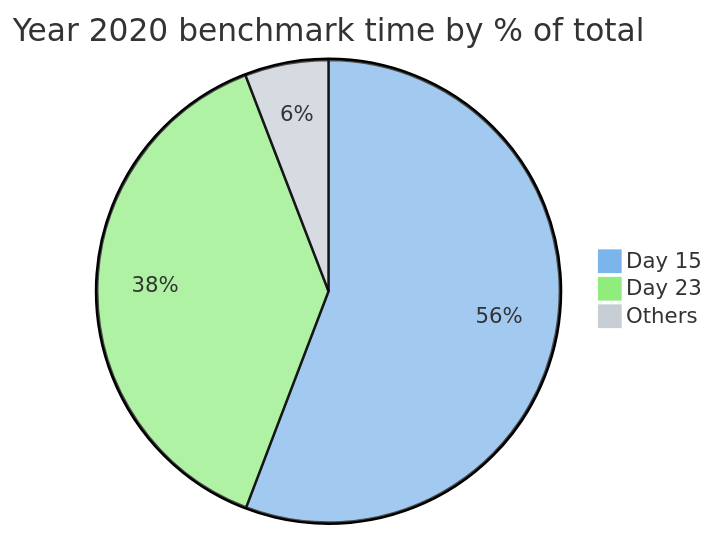
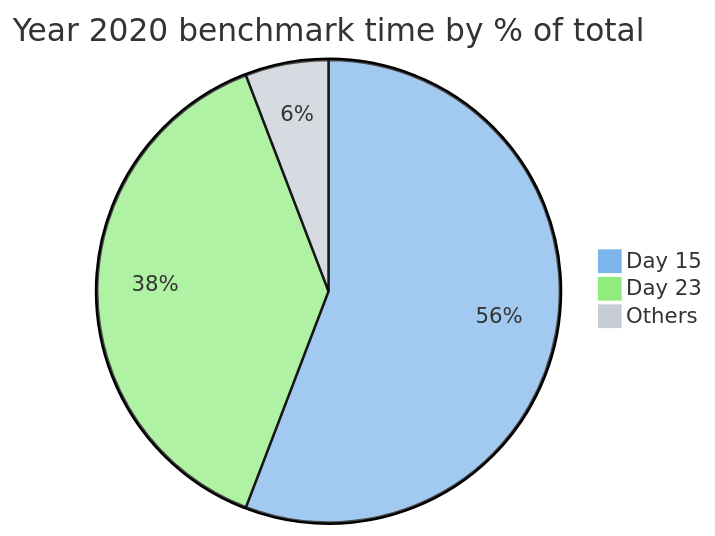
One commit to maneatingape/advent-of-code-rust changed the fourth of 4 diagrams in README.md. Above: the diagram before and after it, drawn with Mermaid. The commit also changed other lines of this file and 1 other file, not shown here.

Commit message:
Much faster specialized approach

````diff
--- a/README.md
+++ b/README.md
@@ -145,8 +145,8 @@
 ```mermaid
 %%{init: {'theme': 'base', 'themeVariables': { 'pie1': '#7cb5ec', 'pie2': '#90ed7d', 'pie3': '#c6cdd5'}}}%%
 pie
     title Year 2020 benchmark time by % of total
     "Day 15" : 160000
     "Day 23" : 110000
-    "Others" : 16759
+    "Others" : 16676
 ```
````
